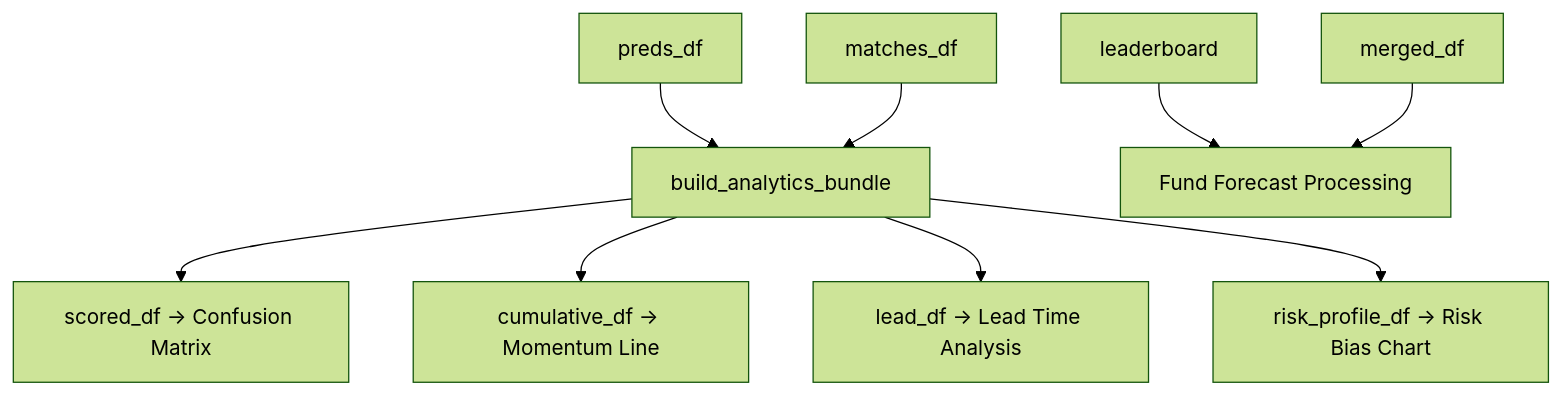
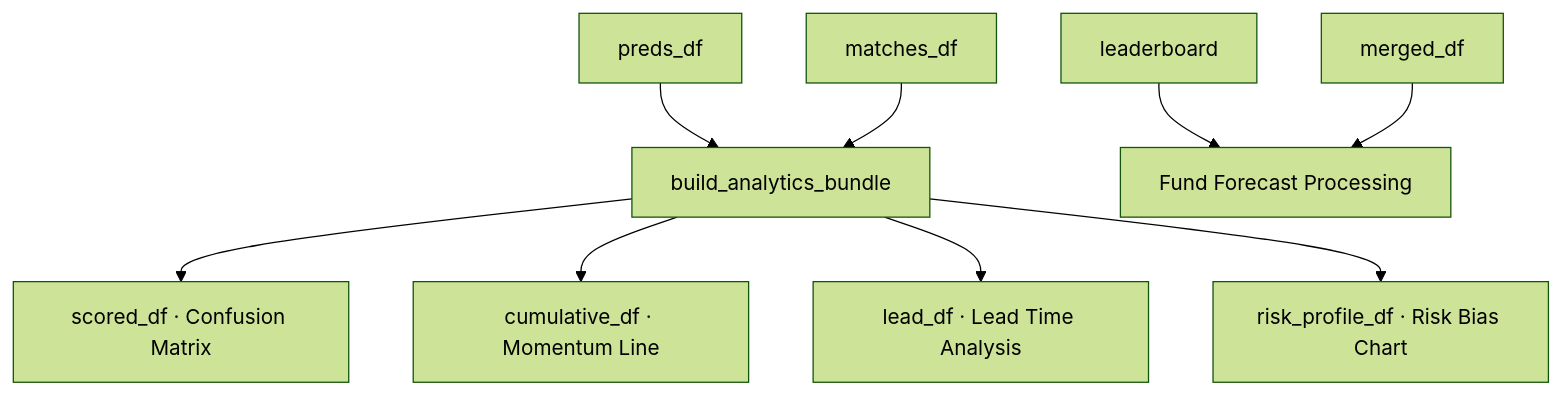
Before and after one commit to elucidator0409/wc2026_predictor: the fourth of 4 diagrams in docs/develop_roadmap.md, drawn with Mermaid (forest theme). The commit also changed other lines of this file, not shown here.

Commit message:
docs: fix Mermaid parse errors in develop_roadmap.
Quote edge labels and replace arrow syntax in node text so GitHub can render the ingestion and analytics diagrams.

````diff
--- a/docs/develop_roadmap.md
+++ b/docs/develop_roadmap.md
@@ -102,9 +102,9 @@
 ```mermaid
 flowchart TD
-    PD[preds_df] & MD[matches_df] --> build_analytics_bundle
-    build_analytics_bundle --> S1[scored_df -> Confusion Matrix]
-    build_analytics_bundle --> S2[cumulative_df -> Momentum Line]
-    build_analytics_bundle --> S3[lead_df -> Lead Time Analysis]
-    build_analytics_bundle --> S4[risk_profile_df -> Risk Bias Chart]
+    PD[preds_df] & MD[matches_df] --> Bundle[build_analytics_bundle]
+    Bundle --> S1["scored_df · Confusion Matrix"]
+    Bundle --> S2["cumulative_df · Momentum Line"]
+    Bundle --> S3["lead_df · Lead Time Analysis"]
+    Bundle --> S4["risk_profile_df · Risk Bias Chart"]
     LB[leaderboard] & M_DF[merged_df] --> S5[Fund Forecast Processing]
 ```
````
